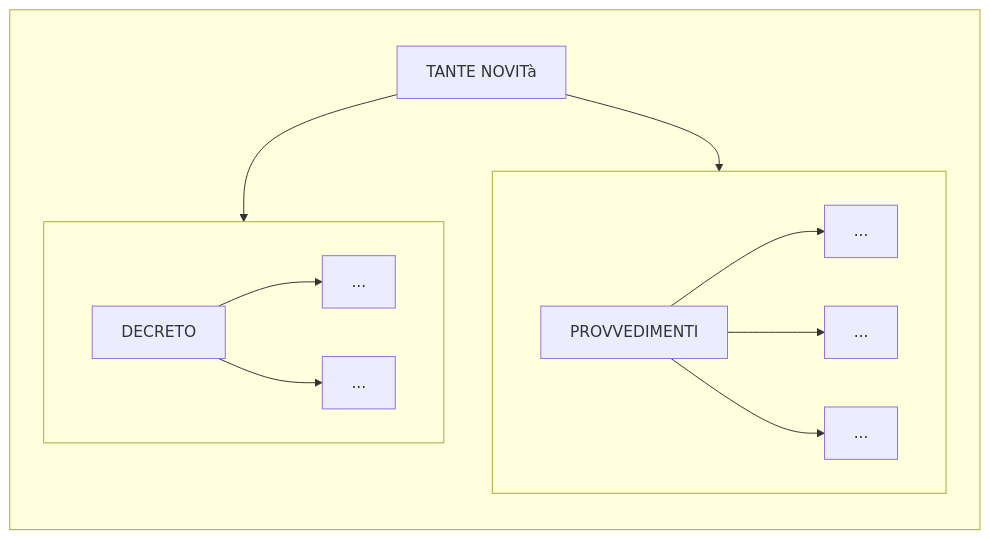
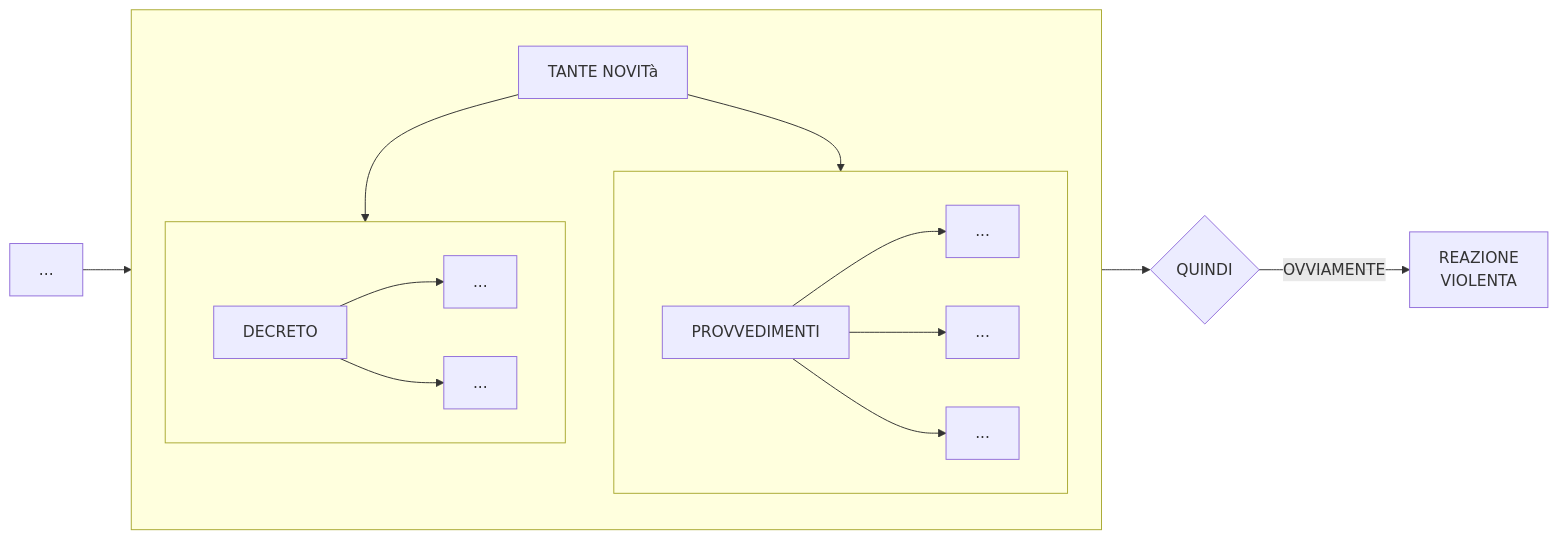
The fifth of 5 diagrams in stalinismo.md (Laaouatni/ricerca-storia-MermaidJS), drawn with Mermaid before and after one commit.

````diff
--- a/stalinismo.md
+++ b/stalinismo.md
@@ -191,20 +191,25 @@
 ```mermaid
 flowchart LR
+    03[...]
     subgraph 0[" "]
         01[TANTE NOVITà]
         subgraph 010[" "]
             0100[PROVVEDIMENTI]
             01000[...]
             01001[...]
             01002[...]
             0100 --> 01000 & 01001 & 01002
         end
         subgraph 011[" "]
             0110[DECRETO]
             01100[...]
             01101[...]
             0110 --> 01100 & 01101
         end
         01 --> 010 & 011
     end
+    02{QUINDI}
+    03 --> 0 --> 02
+    020[REAZIONE <br> VIOLENTA]
+    02 -->|OVVIAMENTE| 020
 ```
````
